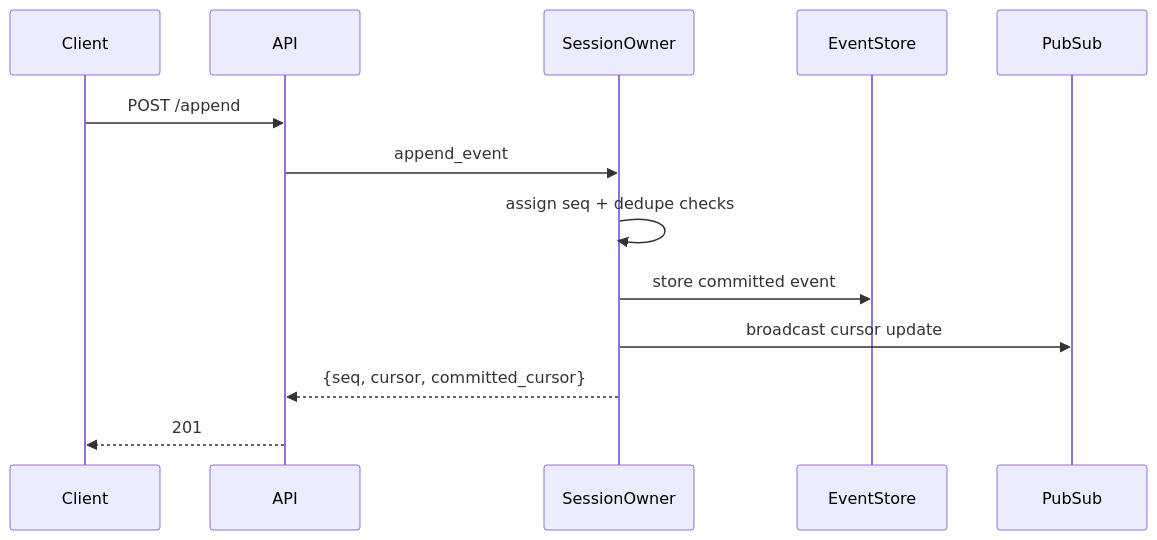
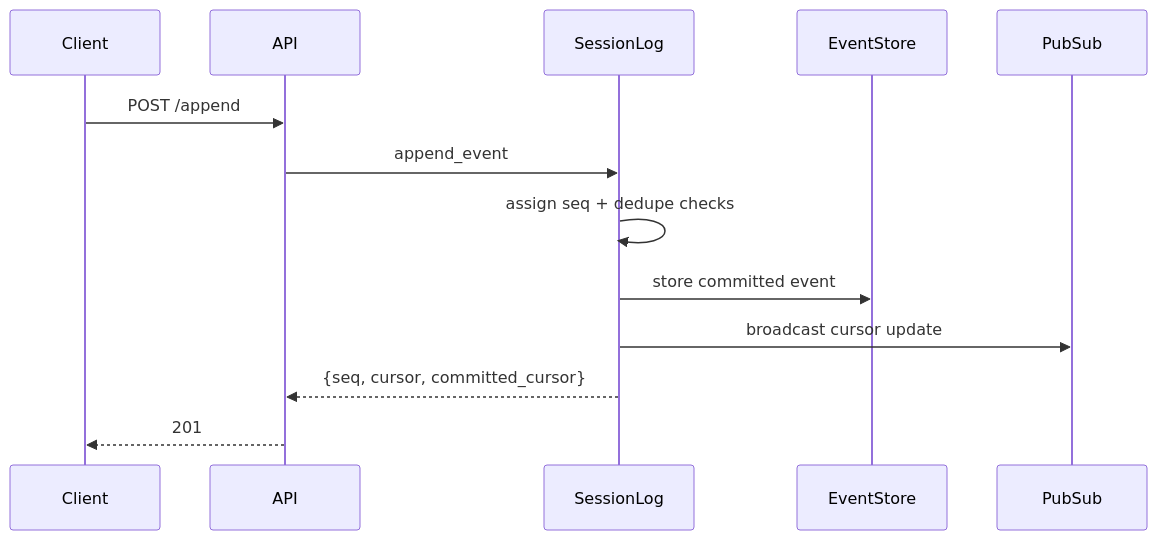
The first of 2 diagrams in docs/architecture.md (fastpaca/starcite), drawn with Mermaid before and after one commit. The commit also changed other lines of this file and 13 other files, not shown here.

Commit message:
refactor: introduce session log quorum runtime

````diff
--- a/docs/architecture.md
+++ b/docs/architecture.md
@@ -44,16 +44,16 @@
 ```mermaid
 sequenceDiagram
     participant C as Client
     participant A as API
-    participant O as SessionOwner
+    participant O as SessionLog
     participant E as EventStore
     participant P as PubSub
 
     C->>A: POST /append
     A->>O: append_event
     O->>O: assign seq + dedupe checks
     O->>E: store committed event
     O->>P: broadcast cursor update
     O-->>A: {seq, cursor, committed_cursor}
     A-->>C: 201
 ```
````
